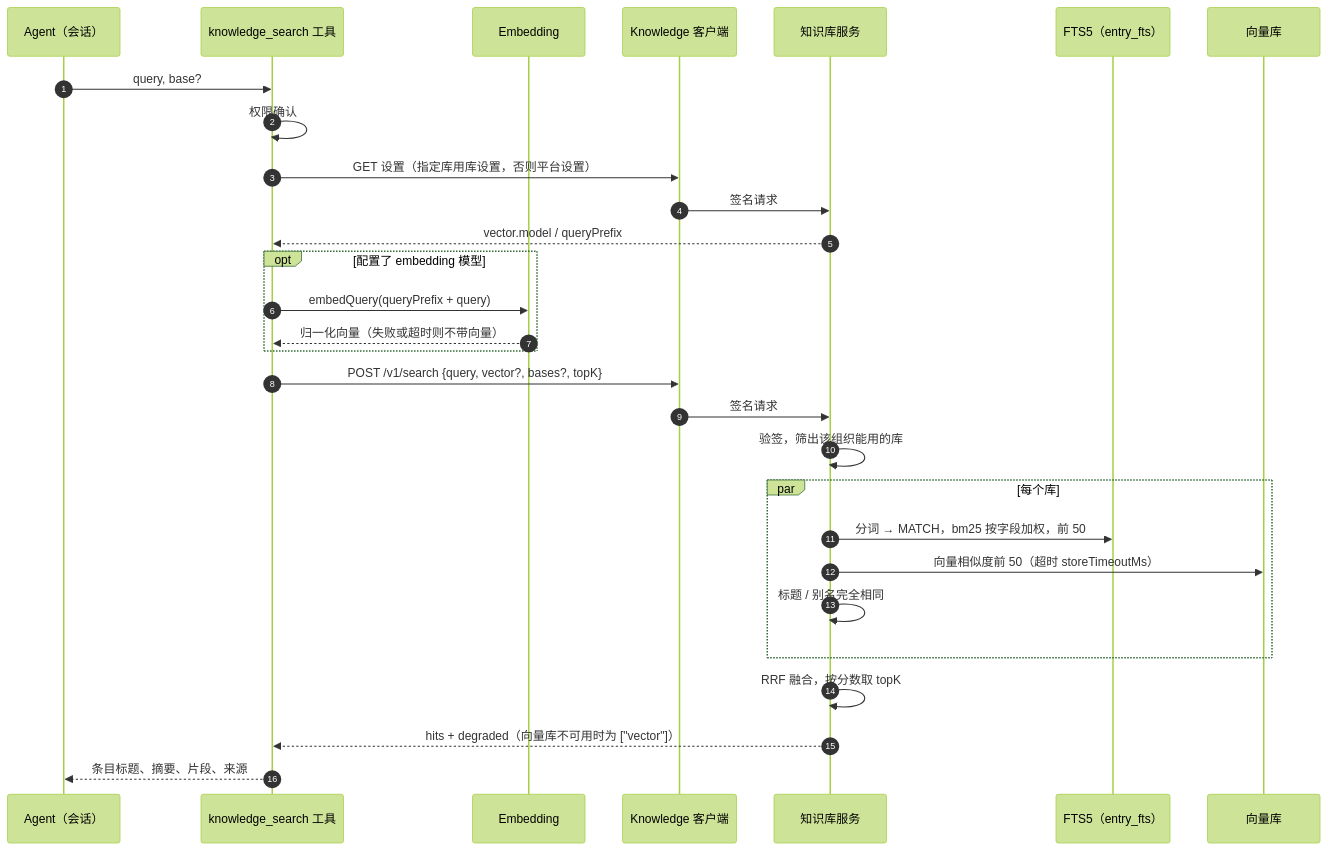
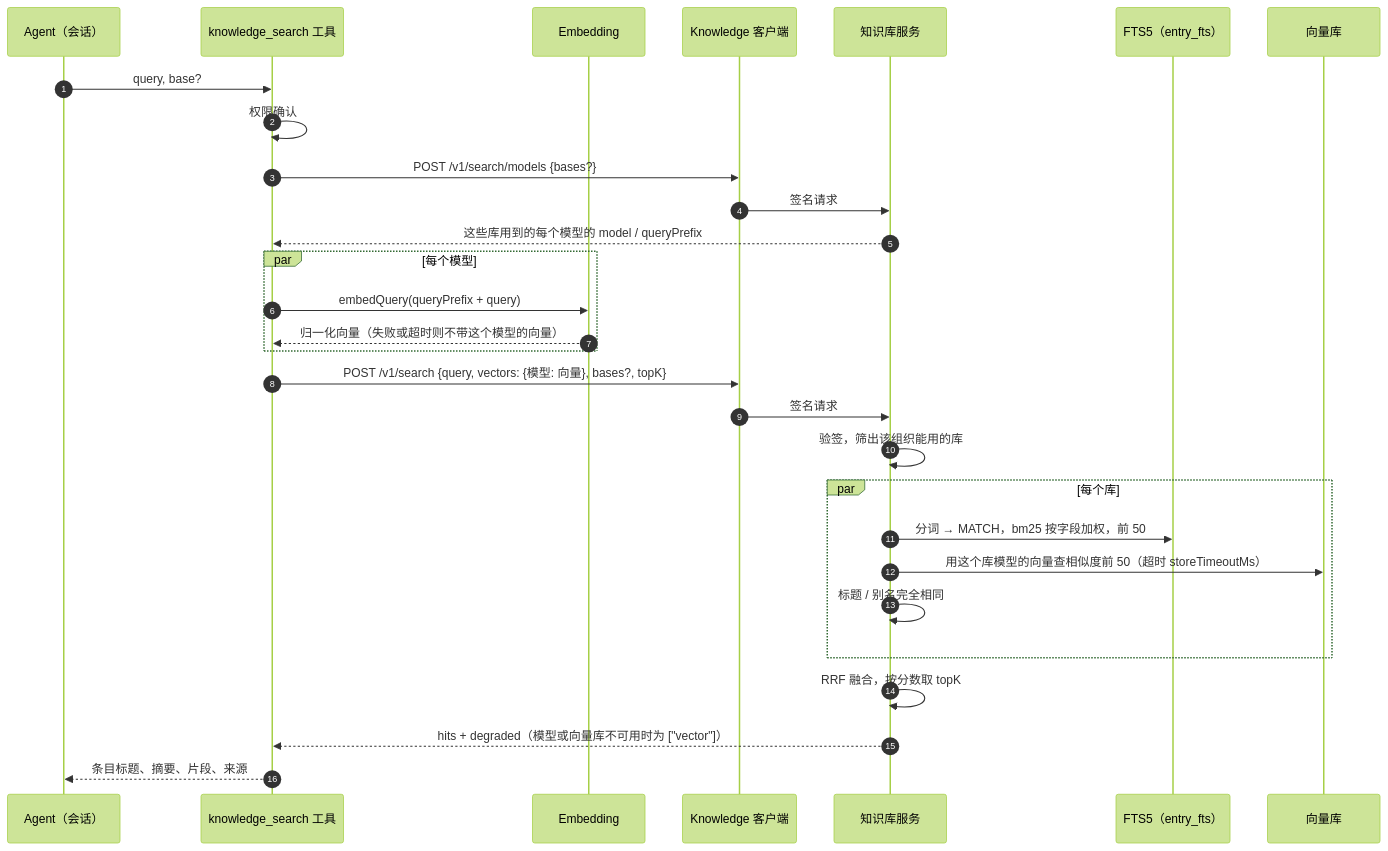
One commit to JackLuguibin/opencode-ex changed the fifth of 8 diagrams in README.md. Above: the diagram before and after it, drawn with Mermaid (forest theme). The commit also changed 5 other files, not shown here.

````diff
--- a/README.md
+++ b/README.md
@@ -314,32 +314,32 @@
 ```mermaid
 sequenceDiagram
     autonumber
     participant A as Agent（会话）
     participant T as knowledge_search 工具
     participant E as Embedding
     participant C as Knowledge 客户端
     participant K as 知识库服务
     participant F as FTS5（entry_fts）
     participant V as 向量库
 
     A->>T: query, base?
     T->>T: 权限确认
-    T->>C: GET 设置（指定库用库设置，否则平台设置）
+    T->>C: POST /v1/search/models {bases?}
     C->>K: 签名请求
-    K-->>T: vector.model / queryPrefix
-    opt 配置了 embedding 模型
+    K-->>T: 这些库用到的每个模型的 model / queryPrefix
+    par 每个模型
         T->>E: embedQuery(queryPrefix + query)
-        E-->>T: 归一化向量（失败或超时则不带向量）
+        E-->>T: 归一化向量（失败或超时则不带这个模型的向量）
     end
-    T->>C: POST /v1/search {query, vector?, bases?, topK}
+    T->>C: POST /v1/search {query, vectors: {模型: 向量}, bases?, topK}
     C->>K: 签名请求
     K->>K: 验签，筛出该组织能用的库
     par 每个库
         K->>F: 分词 → MATCH，bm25 按字段加权，前 50
-        K->>V: 向量相似度前 50（超时 storeTimeoutMs）
+        K->>V: 用这个库模型的向量查相似度前 50（超时 storeTimeoutMs）
         K->>K: 标题 / 别名完全相同
     end
     K->>K: RRF 融合，按分数取 topK
-    K-->>T: hits + degraded（向量库不可用时为 ["vector"]）
+    K-->>T: hits + degraded（模型或向量库不可用时为 ["vector"]）
     T-->>A: 条目标题、摘要、片段、来源
 ```
````
